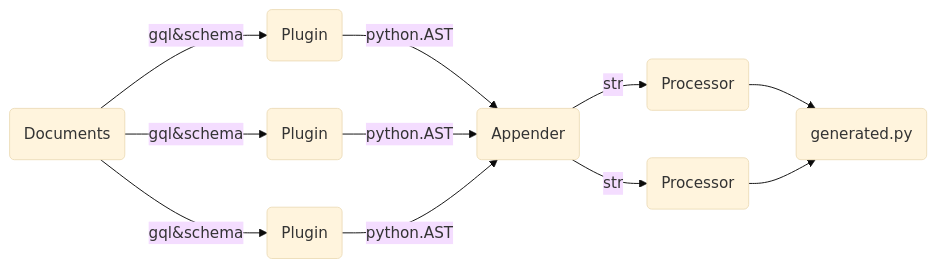
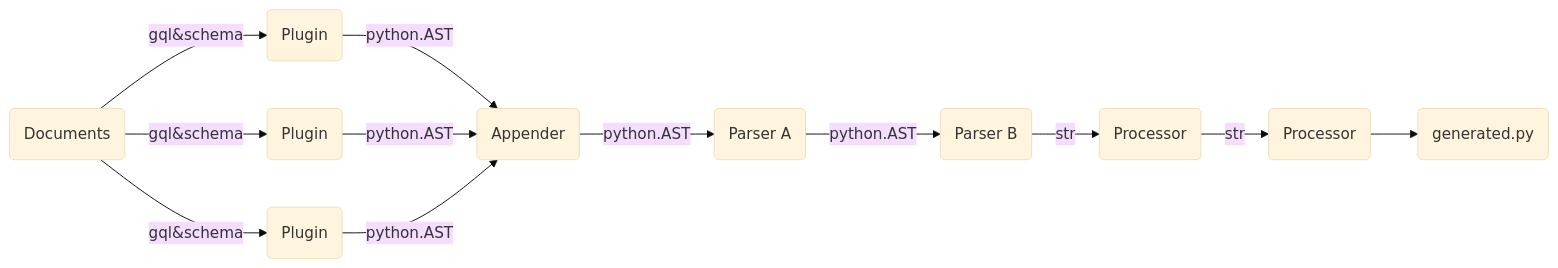
One commit to jhnnsrs/turms changed the diagram in website/docs/intro.md. Above: the diagram before and after it, drawn with Mermaid (base theme). The commit also changed other lines of this file and 4 other files, not shown here.

````diff
--- a/website/docs/intro.md
+++ b/website/docs/intro.md
@@ -86,13 +81,14 @@
 ```mermaid
 flowchart LR;
     id0(Documents)-->|gql&schema|id1(Plugin)
     id0(Documents)-->|gql&schema|id2(Plugin)
     id0(Documents)-->|gql&schema|id3(Plugin)
     id1(Plugin)-->|python.AST|id50(Appender)
     id2(Plugin)-->|python.AST|id50(Appender)
     id3(Plugin)-->|python.AST|id50(Appender)
-    id50(Appender)-->|str|id61(Processor)
-    id50(Appender)-->|str|id62(Processor)
-    id61(Processor)-->id100(generated.py)
+    id50(Appender)-->|python.AST|id51(Parser A)
+    id51(Parser A)-->|python.AST|id52(Parser B)
+    id52(Parser B)-->|str|id61(Processor)
+    id61(Processor)-->|str|id62(Processor)
     id62(Processor)-->id100(generated.py)
 ```
````
